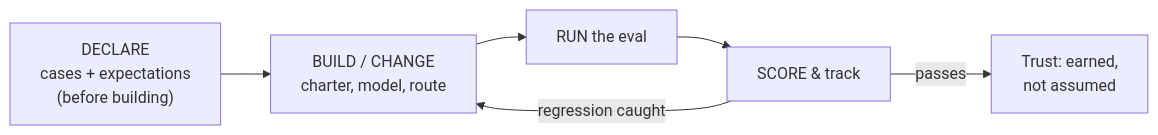
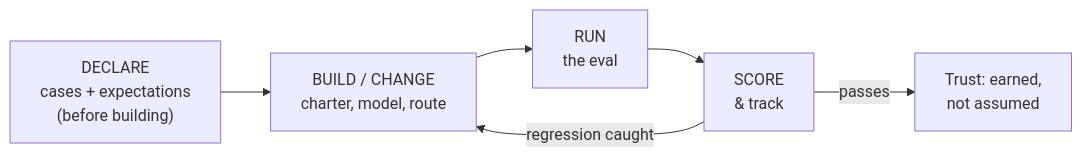
The diagram in guide/05-evals.md (chorusse/agentic-estate), drawn with Mermaid before and after one commit. The commit also changed 14 other files, not shown here.

````diff
--- a/guide/05-evals.md
+++ b/guide/05-evals.md
@@ -39,8 +39,8 @@
 ```mermaid
 flowchart LR
     declare["DECLARE<br/>cases + expectations<br/>(before building)"] --> build["BUILD / CHANGE<br/>charter, model, route"]
-    build --> run["RUN the eval"]
-    run --> score["SCORE & track"]
+    build --> run["RUN<br/>the eval"]
+    run --> score["SCORE<br/>& track"]
     score -- "regression caught" --> build
     score -- "passes" --> ship["Trust: earned,<br/>not assumed"]
 ```
````
